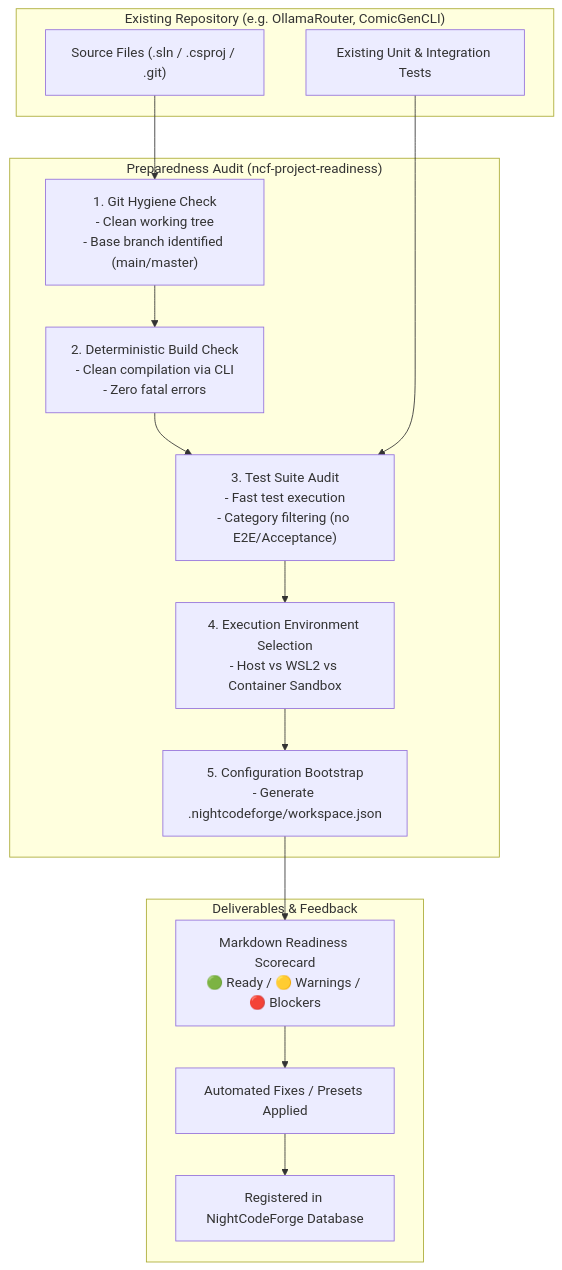
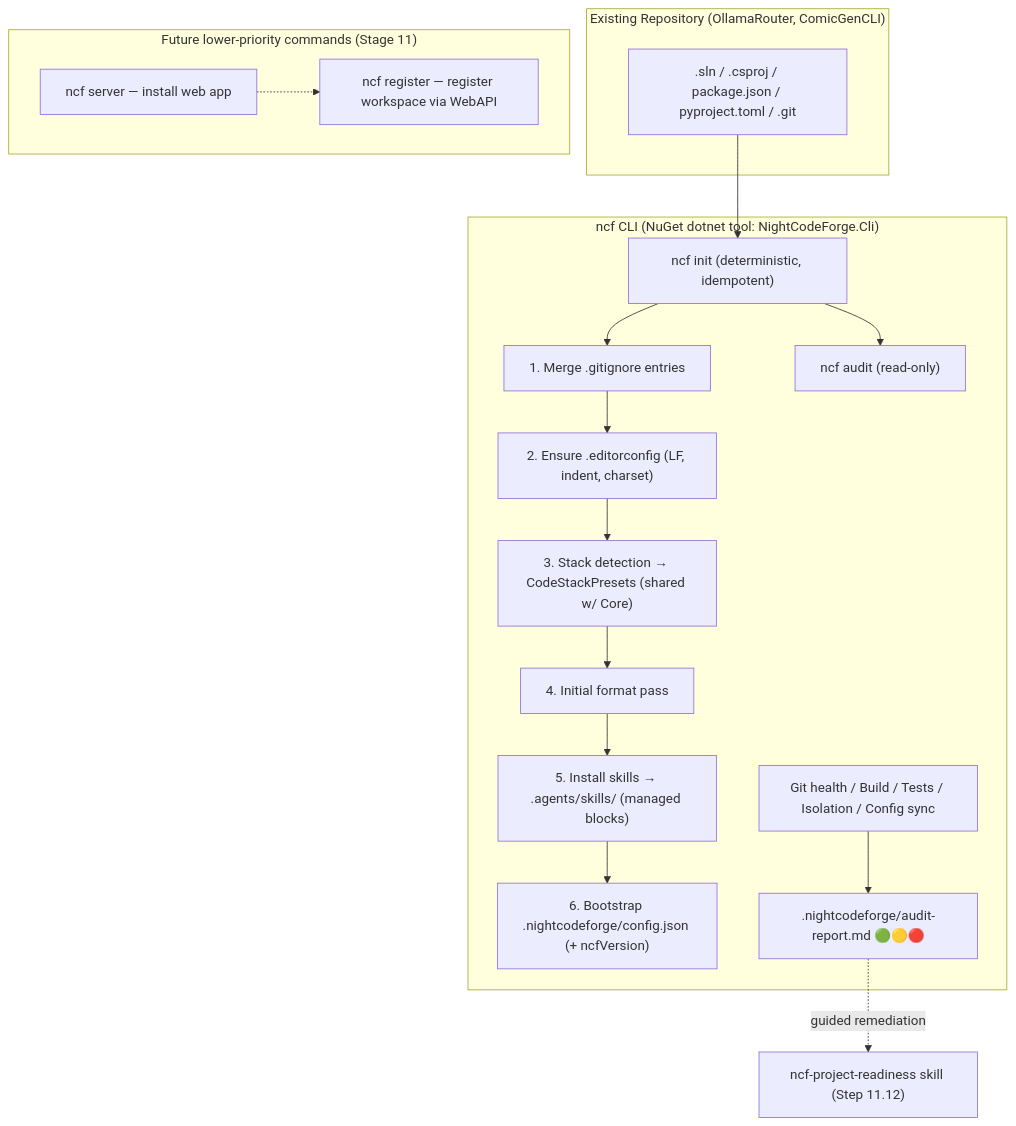
The diagram in docs/plan/phase-11/STEP_11_13_PROJECT_PREPAREDNESS_AND_ONBOARDING.md (jetelain/NightCodeForge), drawn with Mermaid before and after one commit. The commit also changed other lines of this file and 3 other files, not shown here.

````diff
--- a/docs/plan/phase-11/STEP_11_13_PROJECT_PREPAREDNESS_AND_ONBOARDING.md
+++ b/docs/plan/phase-11/STEP_11_13_PROJECT_PREPAREDNESS_AND_ONBOARDING.md
@@ -27,26 +55,31 @@
 ```mermaid
 flowchart TD
-    subgraph Repo ["Existing Repository (e.g. OllamaRouter, ComicGenCLI)"]
-        Src["Source Files (.sln / .csproj / .git)"]
-        Tests["Existing Unit & Integration Tests"]
+    subgraph Repo ["Existing Repository (OllamaRouter, ComicGenCLI)"]
+        Src[".sln / .csproj / package.json / pyproject.toml / .git"]
     end
 
-    subgraph AuditEngine ["Preparedness Audit (ncf-project-readiness)"]
-        CheckGit["1. Git Hygiene Check<br/>- Clean working tree<br/>- Base branch identified (main/master)"]
-        CheckBuild["2. Deterministic Build Check<br/>- Clean compilation via CLI<br/>- Zero fatal errors"]
-        CheckTest["3. Test Suite Audit<br/>- Fast test execution<br/>- Category filtering (no E2E/Acceptance)"]
-        CheckEnv["4. Execution Environment Selection<br/>- Host vs WSL2 vs Container Sandbox"]
-        GenConfig["5. Configuration Bootstrap<br/>- Generate .nightcodeforge/workspace.json"]
+    subgraph Cli ["ncf CLI (NuGet dotnet tool: NightCodeForge.Cli)"]
+        Init["ncf init (deterministic, idempotent)"]
+        Init1["1. Merge .gitignore entries"]
+        Init2["2. Ensure .editorconfig (LF, indent, charset)"]
+        Init3["3. Stack detection → CodeStackPresets (shared w/ Core)"]
+        Init4["4. Initial format pass"]
+        Init5["5. Install skills → .agents/skills/ (managed blocks)"]
+        Init6["6. Bootstrap .nightcodeforge/config.json (+ ncfVersion)"]
+        Audit["ncf audit (read-only)"]
+        A1["Git health / Build / Tests / Isolation / Config sync"]
+        Report[".nightcodeforge/audit-report.md 🟢🟡🔴"]
     end
 
-    subgraph Output ["Deliverables & Feedback"]
-        ReportCard["Markdown Readiness Scorecard<br/>🟢 Ready / 🟡 Warnings / 🔴 Blockers"]
-        AutoFix["Automated Fixes / Presets Applied"]
-        ReadyDB["Registered in NightCodeForge Database"]
+    subgraph Future ["Future lower-priority commands (Stage 11)"]
+        Server["ncf server — install web app"]
+        Register["ncf register — register workspace via WebAPI"]
     end
 
-    Src --> CheckGit --> CheckBuild --> CheckTest --> CheckEnv --> GenConfig
-    Tests --> CheckTest
-    GenConfig --> ReportCard
-    ReportCard --> AutoFix --> ReadyDB
+    Src --> Init
+    Init --> Init1 --> Init2 --> Init3 --> Init4 --> Init5 --> Init6
+    Init --> Audit
+    A1 --> Report
+    Report -. "guided remediation" .-> Skill["ncf-project-readiness skill (Step 11.12)"]
+    Server -.-> Register
 ```
````
